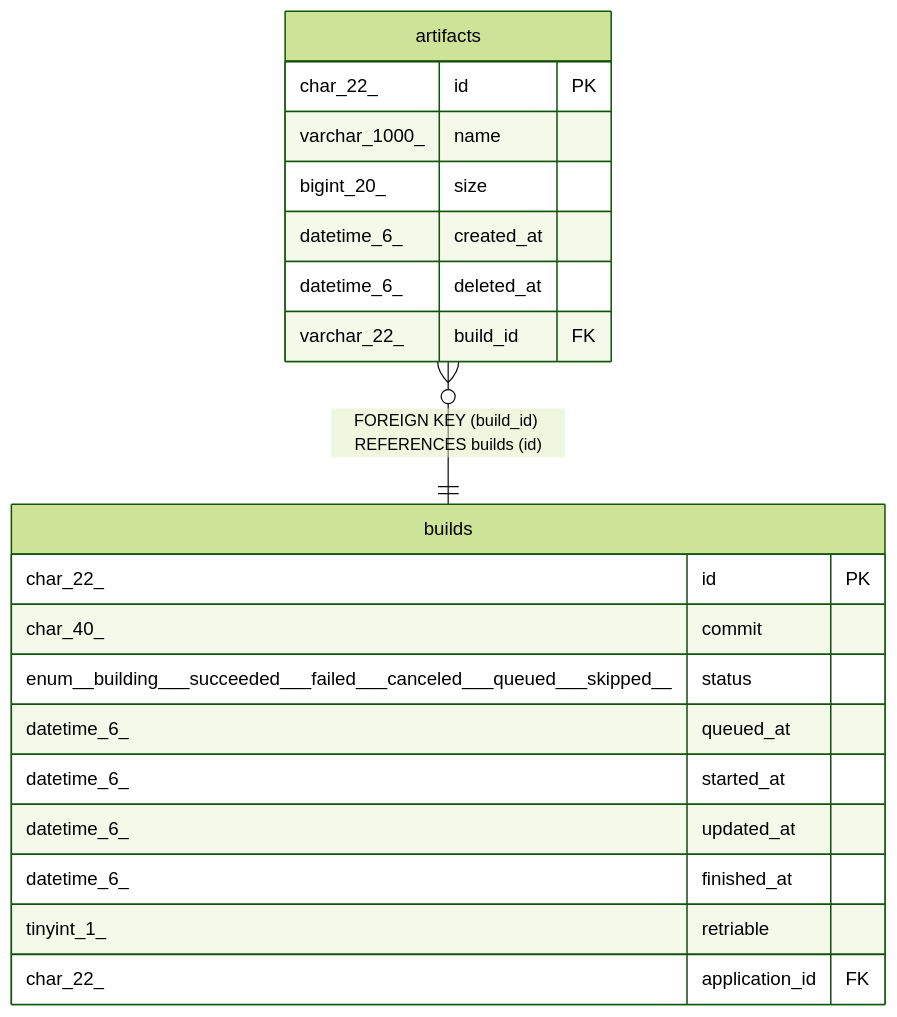
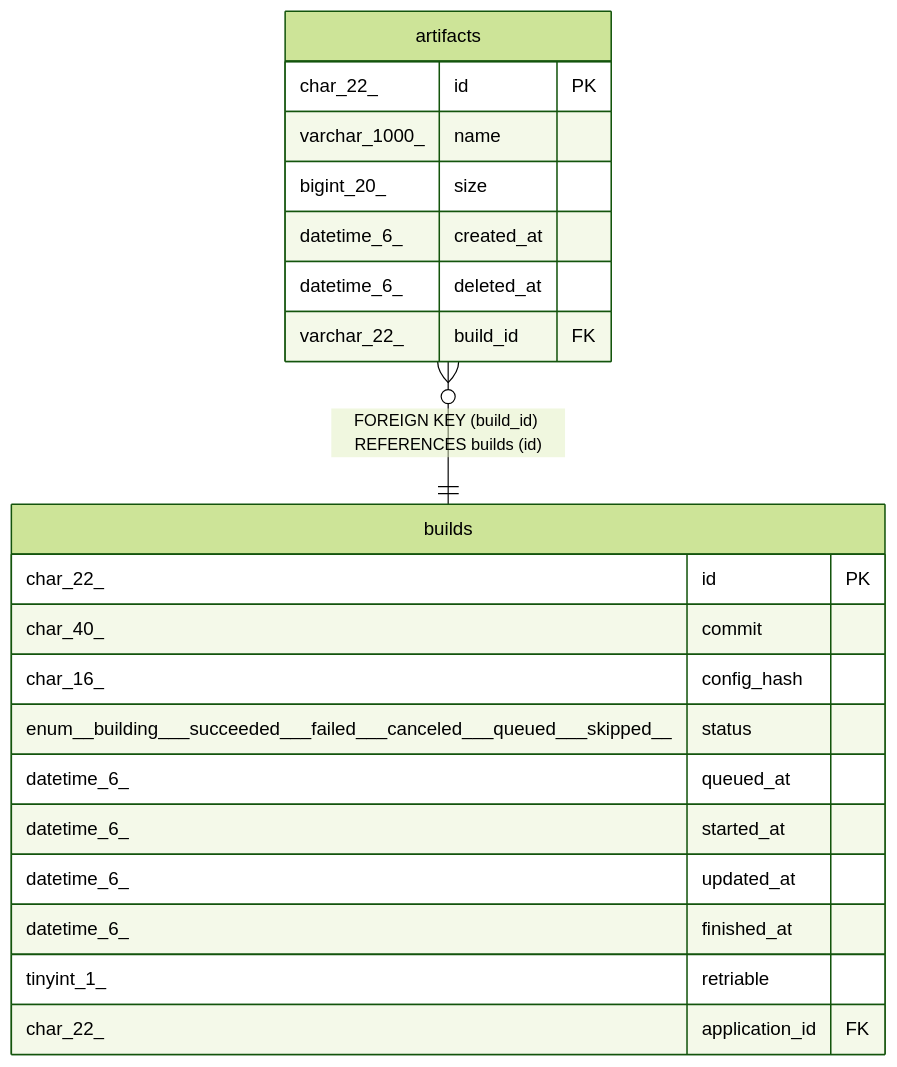
Before and after one commit to traPtitech/NeoShowcase: the diagram in docs/dbschema/artifacts.md, drawn with Mermaid (forest theme). The commit also changed 13 other files, not shown here.

````diff
--- a/docs/dbschema/artifacts.md
+++ b/docs/dbschema/artifacts.md
@@ -53,25 +53,26 @@
 ```mermaid
 erDiagram
 
 "artifacts" }o--|| "builds" : "FOREIGN KEY (build_id) REFERENCES builds (id)"
 
 "artifacts" {
   char_22_ id PK
   varchar_1000_ name
   bigint_20_ size
   datetime_6_ created_at
   datetime_6_ deleted_at
   varchar_22_ build_id FK
 }
 "builds" {
   char_22_ id PK
   char_40_ commit
+  char_16_ config_hash
   enum__building___succeeded___failed___canceled___queued___skipped__ status
   datetime_6_ queued_at
   datetime_6_ started_at
   datetime_6_ updated_at
   datetime_6_ finished_at
   tinyint_1_ retriable
   char_22_ application_id FK
 }
 ```
````
